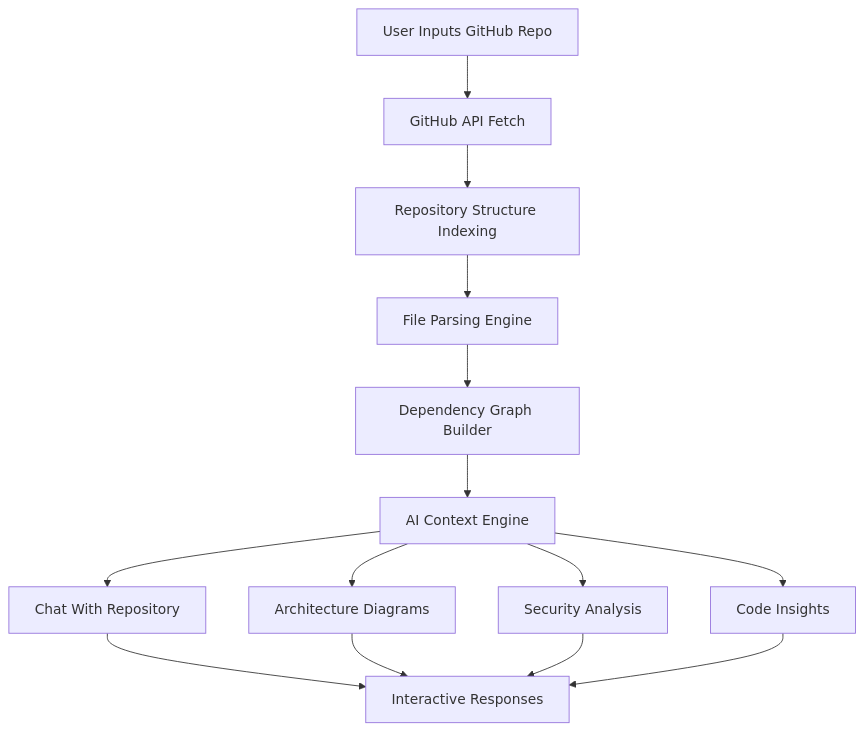
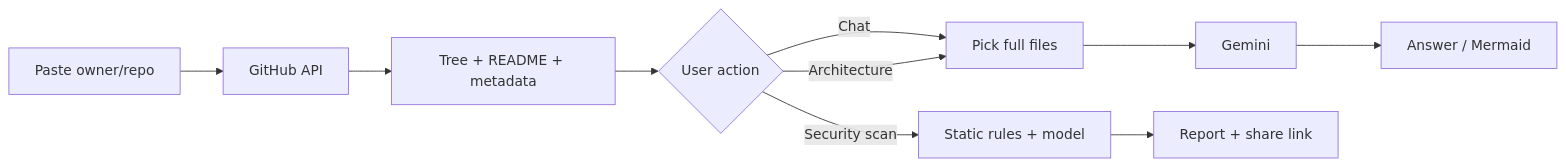
One commit to Ajyendu/RepoMind changed the diagram in README.md. Above: the diagram before and after it, drawn with Mermaid. The commit also changed other lines of this file and 13 other files, not shown here.

````diff
--- a/README.md
+++ b/README.md
@@ -104,23 +86,12 @@
 ```mermaid
-flowchart TD
-
-A[User Inputs GitHub Repo] --> B[GitHub API Fetch]
-
-B --> C[Repository Structure Indexing]
-
-C --> D[File Parsing Engine]
-
-D --> E[Dependency Graph Builder]
-
-E --> F[AI Context Engine]
-
-F --> G1[Chat With Repository]
-F --> G2[Architecture Diagrams]
-F --> G3[Security Analysis]
-F --> G4[Code Insights]
-
-G1 --> H[Interactive Responses]
-G2 --> H
-G3 --> H
-G4 --> H
+flowchart LR
+  A[Paste owner/repo] --> B[GitHub API]
+  B --> C[Tree + README + metadata]
+  C --> D{User action}
+  D -->|Chat| E[Pick full files]
+  D -->|Architecture| E
+  D -->|Security scan| F[Static rules + model]
+  E --> G[Gemini]
+  G --> H[Answer / Mermaid]
+  F --> I[Report + share link]
 ```
````
